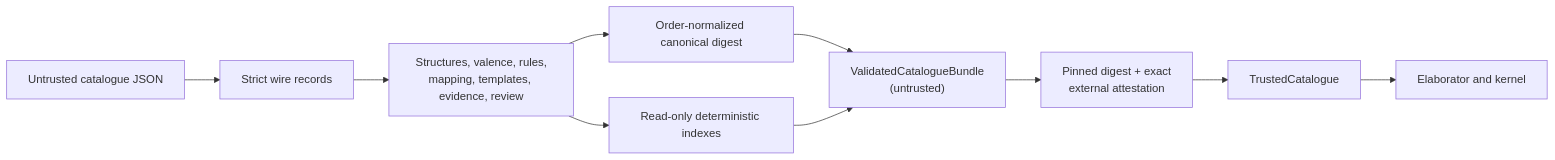
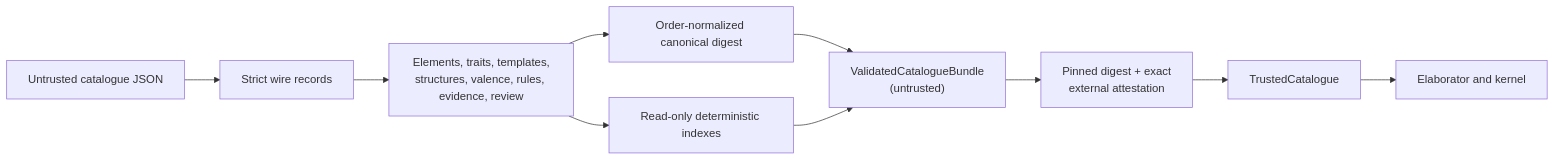
The diagram in crates/chem-catalogue/README.md (charles-mills/ChemSpec), drawn with Mermaid before and after one commit. The commit also changed other lines of this file and 6 other files, not shown here.

````diff
--- a/crates/chem-catalogue/README.md
+++ b/crates/chem-catalogue/README.md
@@ -14,12 +14,12 @@
 ```mermaid
 flowchart LR
     json["Untrusted catalogue JSON"] --> decode["Strict wire records"]
-    decode --> checks["Structures, valence, rules,<br/>mapping, templates, evidence, review"]
+    decode --> checks["Elements, traits, templates,<br/>structures, valence, rules, evidence, review"]
     checks --> digest["Order-normalized canonical digest"]
     checks --> indexes["Read-only deterministic indexes"]
     digest --> validated["ValidatedCatalogueBundle<br/>(untrusted)"]
     indexes --> validated
     validated --> trust["Pinned digest + exact<br/>external attestation"]
     trust --> trusted["TrustedCatalogue"]
     trusted --> consumers["Elaborator and kernel"]
 ```
````
